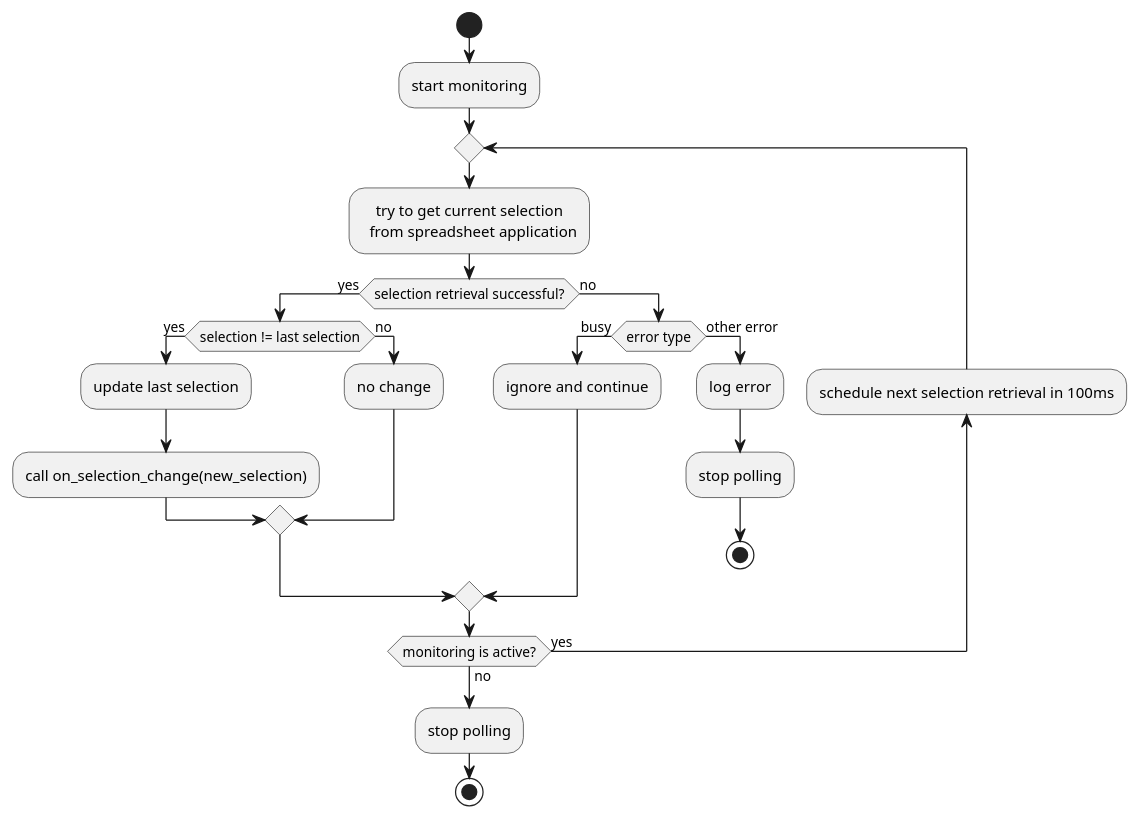
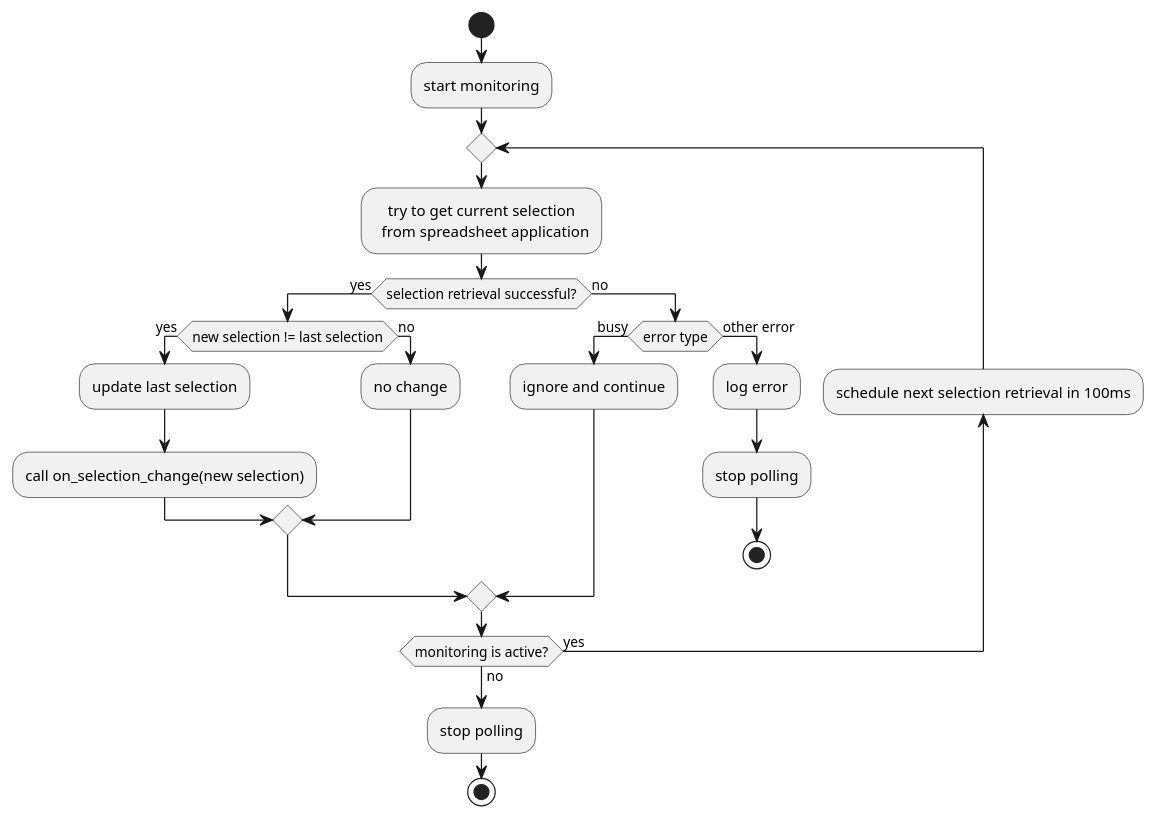
Before and after one commit to ByeByeExcel/SpreadsheetExplorer: the diagram in diagrams/plantuml/architecture/current_selection_poll_loop.puml, drawn with PlantUML. The commit also changed 16 other files, not shown here.

Commit message:
* replaced [] with <> in diagrams * made public properties private where possible

```diff
--- a/diagrams/plantuml/architecture/current_selection_poll_loop.puml
+++ b/diagrams/plantuml/architecture/current_selection_poll_loop.puml
@@ -1,33 +1,33 @@
 @startuml
 skinparam defaultTextAlignment center
 
 start
 :start monitoring;
 
 repeat
 :try to get current selection
   from spreadsheet application;
 
   if (selection retrieval successful?) then (yes)
-    if (selection != last selection) then (yes)
+    if (new selection != last selection) then (yes)
       :update last selection;
-      :call on_selection_change(new_selection);
+      :call on_selection_change(new selection);
     else (no)
       :no change;
     endif
   else (no)
     if (error type) then (busy)
       :ignore and continue;
     else (other error)
       :log error;
       :stop polling;
       stop
     endif
   endif
 
     backward :schedule next selection retrieval in 100ms;
 repeat while (monitoring is active?) is (yes) not (no)
 
 :stop polling;
 stop
 @enduml
```
